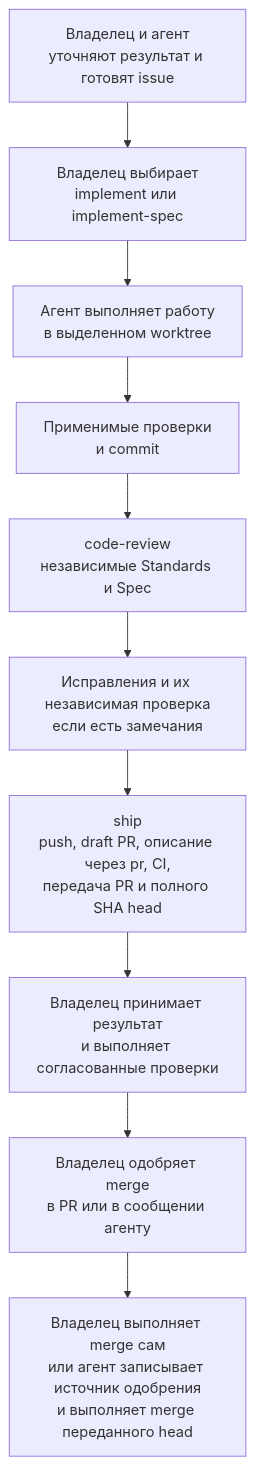
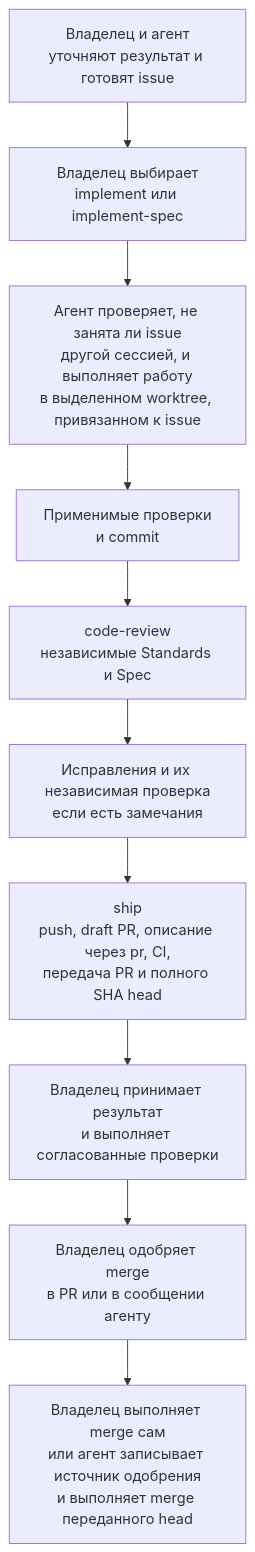
Before and after one commit to KirillSachkov/ai-first-platform: the first of 3 diagrams in docs/development-flow.md, drawn with Mermaid. The commit also changed other lines of this file and 4 other files, not shown here.

````diff
--- a/docs/development-flow.md
+++ b/docs/development-flow.md
@@ -11,12 +11,12 @@
 ```mermaid
 flowchart TD
     A["Владелец и агент<br/>уточняют результат и готовят issue"] --> B["Владелец выбирает<br/>implement или implement-spec"]
-    B --> C["Агент выполняет работу<br/>в выделенном worktree"]
+    B --> C["Агент проверяет, не занята ли issue<br/>другой сессией, и выполняет работу<br/>в выделенном worktree, привязанном к issue"]
     C --> D["Применимые проверки<br/>и commit"]
     D --> E["code-review<br/>независимые Standards и Spec"]
     E --> F["Исправления и их независимая проверка<br/>если есть замечания"]
     F --> G["ship<br/>push, draft PR, описание через pr, CI,<br/>передача PR и полного SHA head"]
     G --> H["Владелец принимает результат<br/>и выполняет согласованные проверки"]
     H --> I["Владелец одобряет merge<br/>в PR или в сообщении агенту"]
     I --> J["Владелец выполняет merge сам<br/>или агент записывает источник одобрения<br/>и выполняет merge переданного head"]
 ```
````
